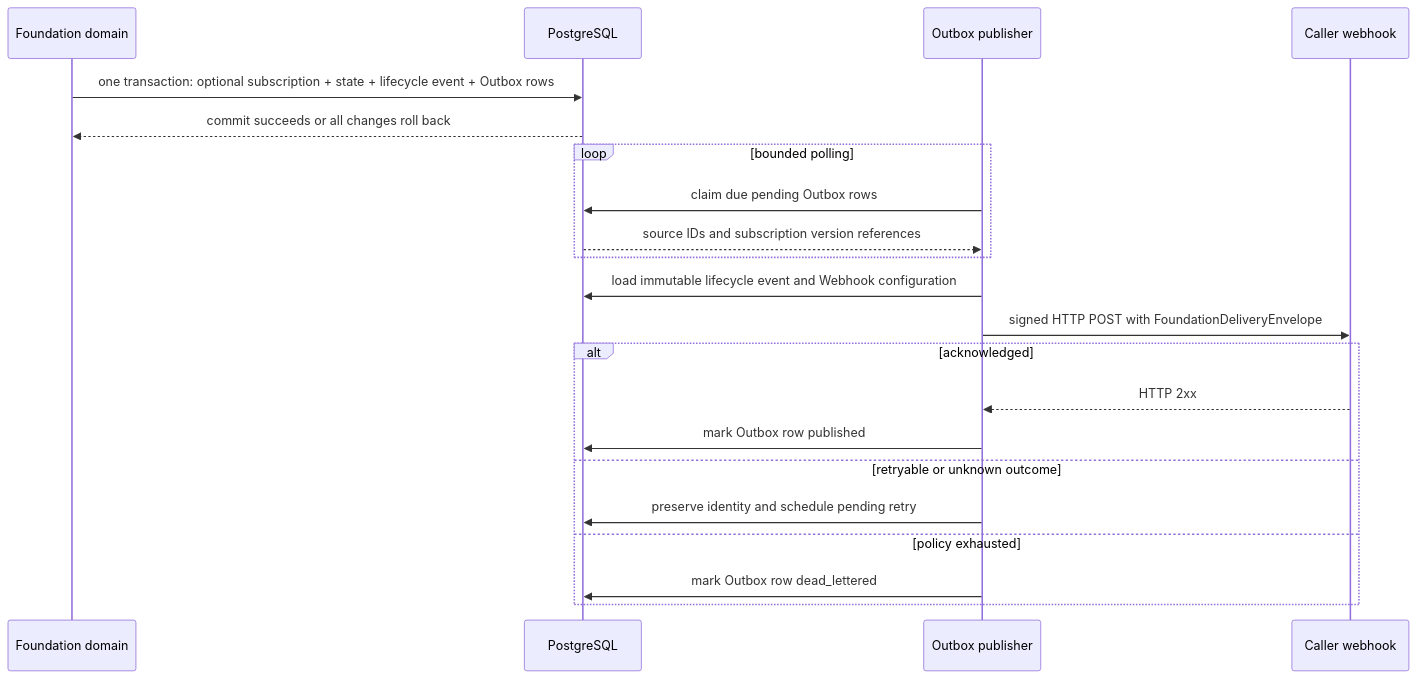
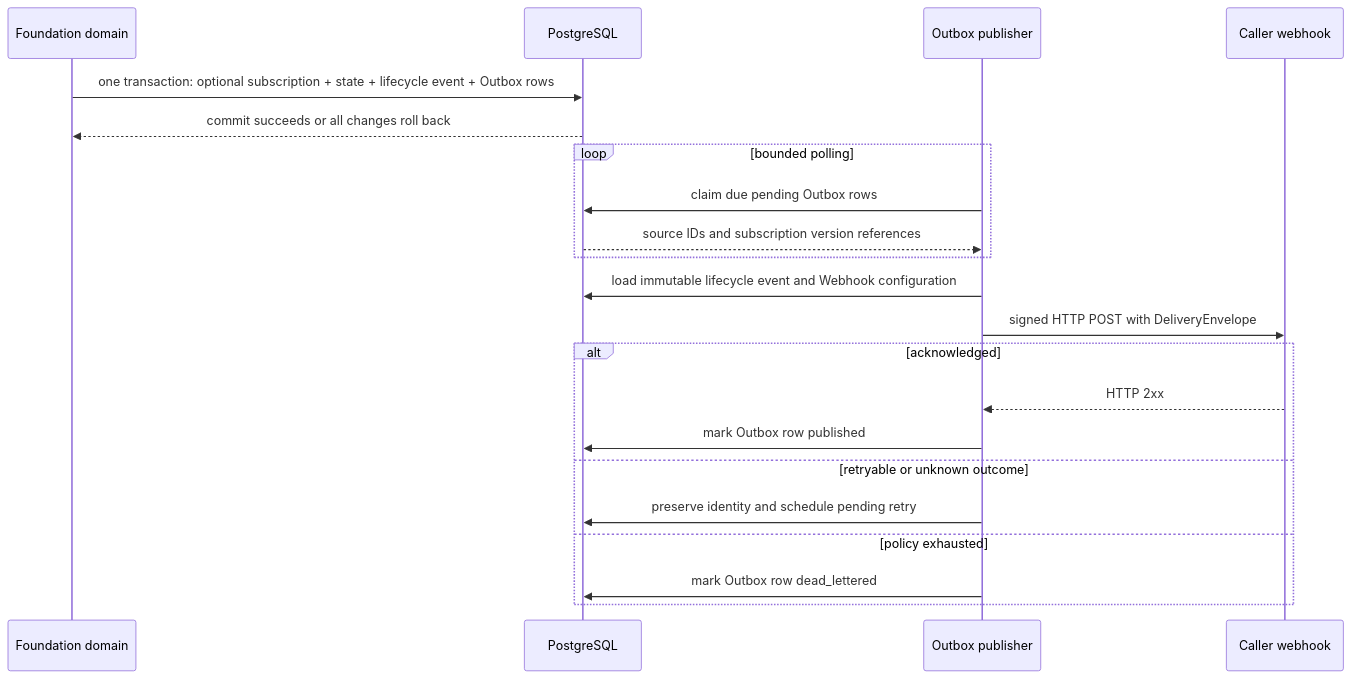
One commit to LTThreeComma/agent-foundation changed the fourth of 4 diagrams in spec/foundation-service/20a-hook-notifications.md. Above: the diagram before and after it, drawn with Mermaid. The commit also changed other lines of this file and 130 other files, not shown here.

````diff
--- a/spec/foundation-service/20a-hook-notifications.md
+++ b/spec/foundation-service/20a-hook-notifications.md
@@ -298,24 +298,24 @@
 ```mermaid
 sequenceDiagram
     participant Domain as Foundation domain
     participant DB as PostgreSQL
     participant Publisher as Outbox publisher
     participant Caller as Caller webhook
 
     Domain->>DB: one transaction: optional subscription + state + lifecycle event + Outbox rows
     DB-->>Domain: commit succeeds or all changes roll back
     loop bounded polling
         Publisher->>DB: claim due pending Outbox rows
         DB-->>Publisher: source IDs and subscription version references
     end
     Publisher->>DB: load immutable lifecycle event and Webhook configuration
-    Publisher->>Caller: signed HTTP POST with FoundationDeliveryEnvelope
+    Publisher->>Caller: signed HTTP POST with DeliveryEnvelope
     alt acknowledged
         Caller-->>Publisher: HTTP 2xx
         Publisher->>DB: mark Outbox row published
     else retryable or unknown outcome
         Publisher->>DB: preserve identity and schedule pending retry
     else policy exhausted
         Publisher->>DB: mark Outbox row dead_lettered
     end
 ```
````
